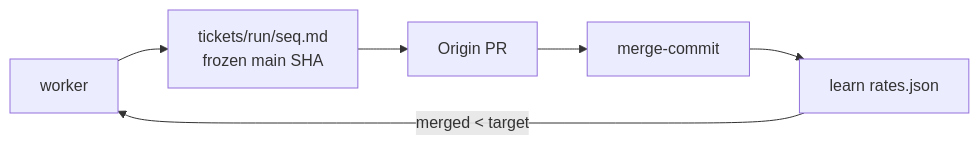
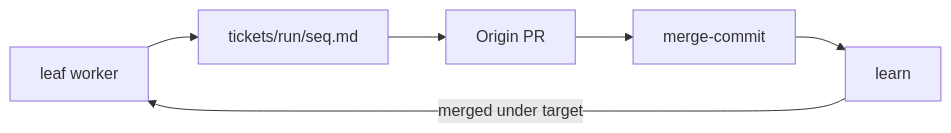
One commit to ranjan2829/Alpha-throttle-test changed the second of 2 diagrams in README.md. Above: the diagram before and after it, drawn with Mermaid. The commit also changed other lines of this file and 1 other file, not shown here.

First line of the commit message:
Show only measured stats and mermaid agent graphs

````diff
--- a/README.md
+++ b/README.md
@@ -271,8 +45,8 @@
 ```mermaid
 flowchart LR
-  W["worker"] --> F["tickets/run/seq.md<br/>frozen main SHA"]
-  F --> PR["Origin PR"]
-  PR --> M["merge-commit"]
-  M --> L["learn rates.json"]
-  L -->|"merged < target"| W
+  W[leaf worker] --> F["tickets/run/seq.md"]
+  F --> PR[Origin PR]
+  PR --> M[merge-commit]
+  M --> L[learn]
+  L -->|merged under target| W
 ```
````
